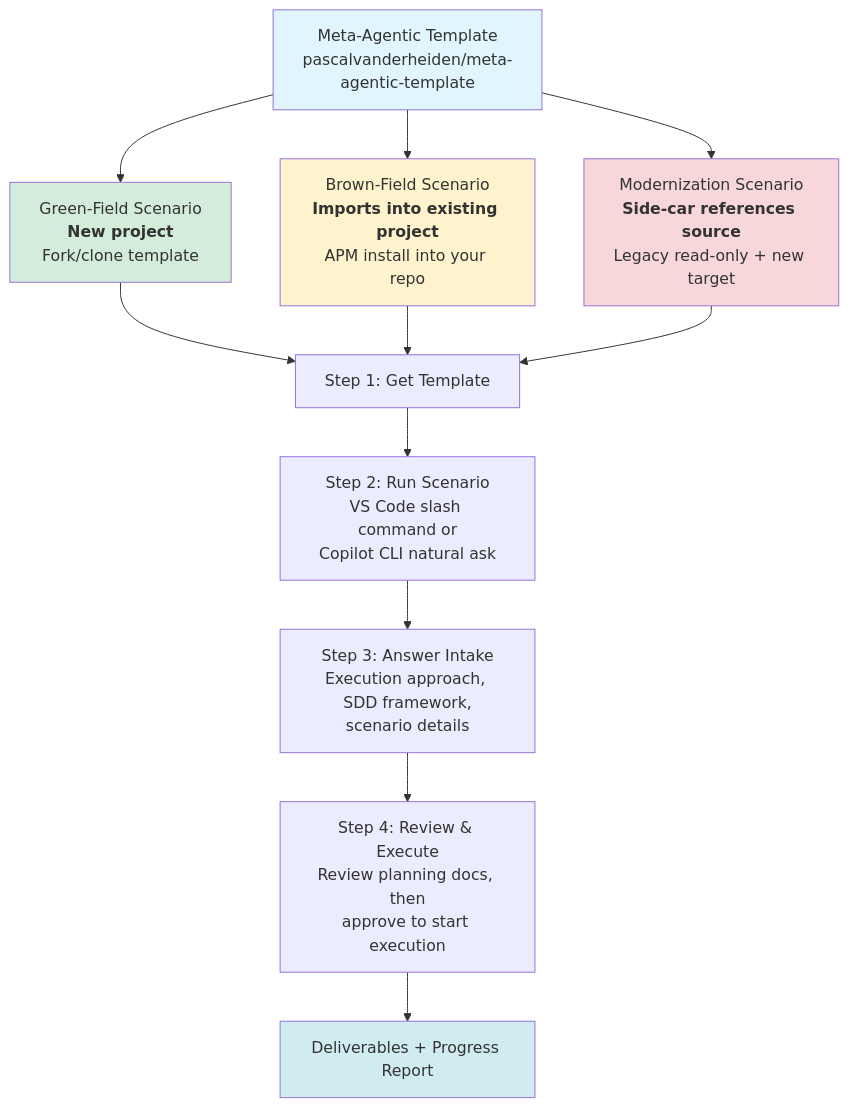
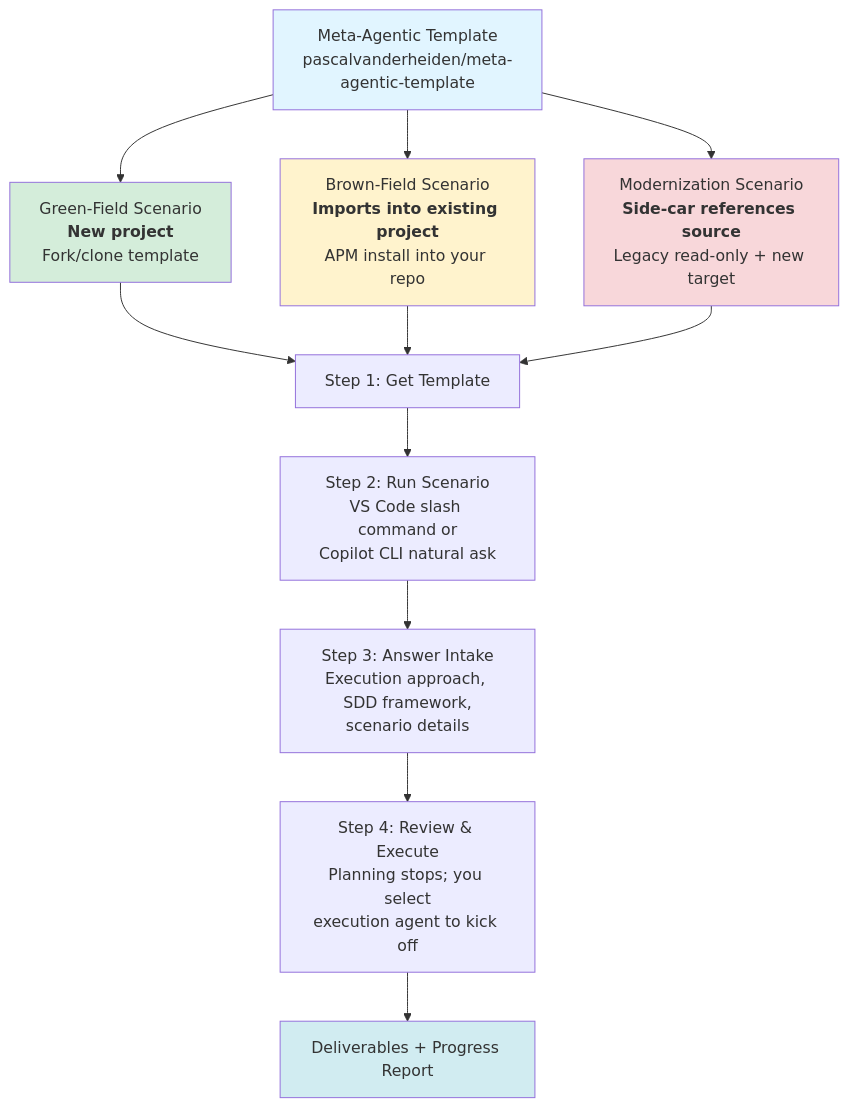
Before and after one commit to pascalvanderheiden/meta-agentic-template: the diagram in README.md, drawn with Mermaid. The commit also changed other lines of this file and 15 other files, not shown here.

````diff
--- a/README.md
+++ b/README.md
@@ -7,23 +7,23 @@
 ```mermaid
 flowchart TD
     MT[Meta-Agentic Template<br/>pascalvanderheiden/meta-agentic-template]
     
     MT --> GF[Green-Field Scenario<br/><b>New project</b><br/>Fork/clone template]
     MT --> BF[Brown-Field Scenario<br/><b>Imports into existing project</b><br/>APM install into your repo]
     MT --> MOD[Modernization Scenario<br/><b>Side-car references source</b><br/>Legacy read-only + new target]
     
     GF --> S1[Step 1: Get Template]
     BF --> S1
     MOD --> S1
     
     S1 --> S2[Step 2: Run Scenario<br/>VS Code slash command or<br/>Copilot CLI natural ask]
     S2 --> S3[Step 3: Answer Intake<br/>Execution approach, SDD framework,<br/>scenario details]
-    S3 --> S4[Step 4: Review & Execute<br/>Review planning docs, then<br/>approve to start execution]
+    S3 --> S4[Step 4: Review & Execute<br/>Planning stops; you select<br/>execution agent to kick off]
     S4 --> OUT[Deliverables + Progress Report]
     
     style MT fill:#e1f5ff
     style GF fill:#d4edda
     style BF fill:#fff3cd
     style MOD fill:#f8d7da
     style OUT fill:#d1ecf1
 ```
````
